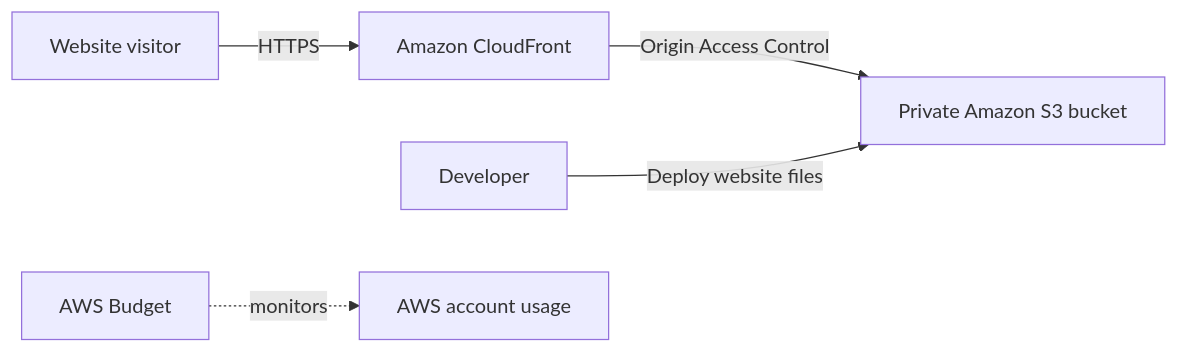
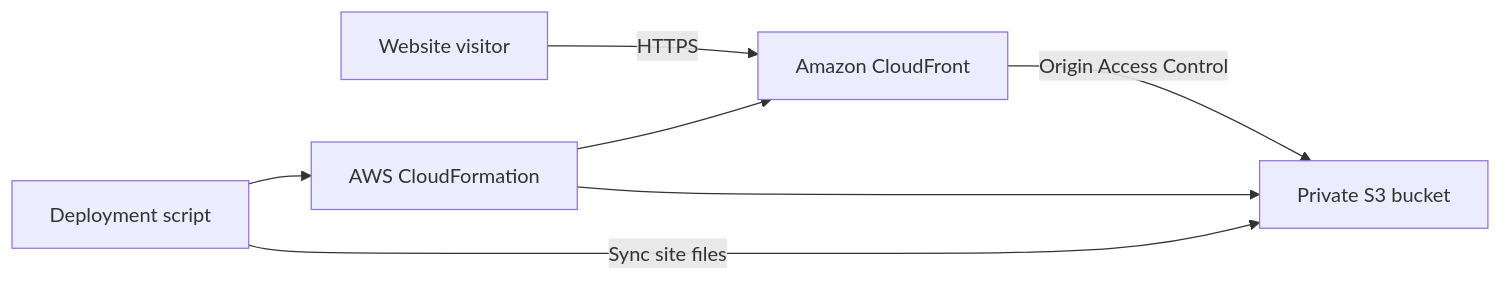
One commit to Lindani-cloud/aws-cloud-portfolio changed the diagram in README.md. Above: the diagram before and after it, drawn with Mermaid. The commit also changed other lines of this file, not shown here.

Commit message:
docs: add complete AWS deployment guide

````diff
--- a/README.md
+++ b/README.md
@@ -16,7 +10,9 @@
 ```mermaid
 flowchart LR
     Visitor[Website visitor] -->|HTTPS| CloudFront[Amazon CloudFront]
-    CloudFront -->|Origin Access Control| S3[Private Amazon S3 bucket]
-    Developer[Developer] -->|Deploy website files| S3
-    Budget[AWS Budget] -. monitors .-> AWS[AWS account usage]
+    CloudFront -->|Origin Access Control| S3[Private S3 bucket]
+    Script[Deployment script] --> CloudFormation[AWS CloudFormation]
+    Script -->|Sync site files| S3
+    CloudFormation --> CloudFront
+    CloudFormation --> S3
 ```
````
